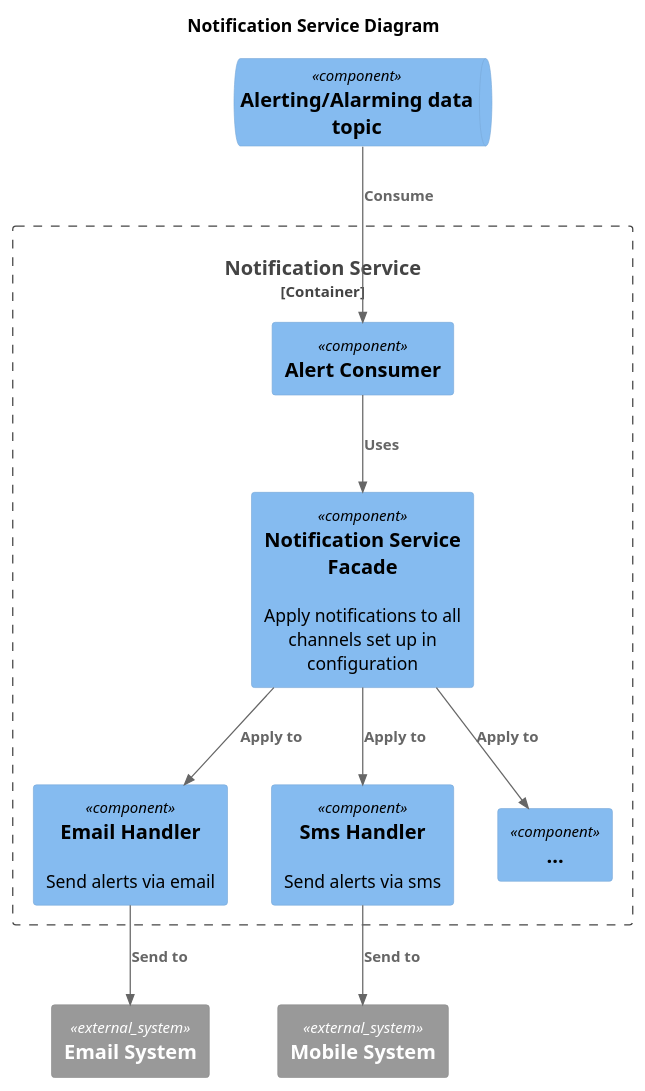
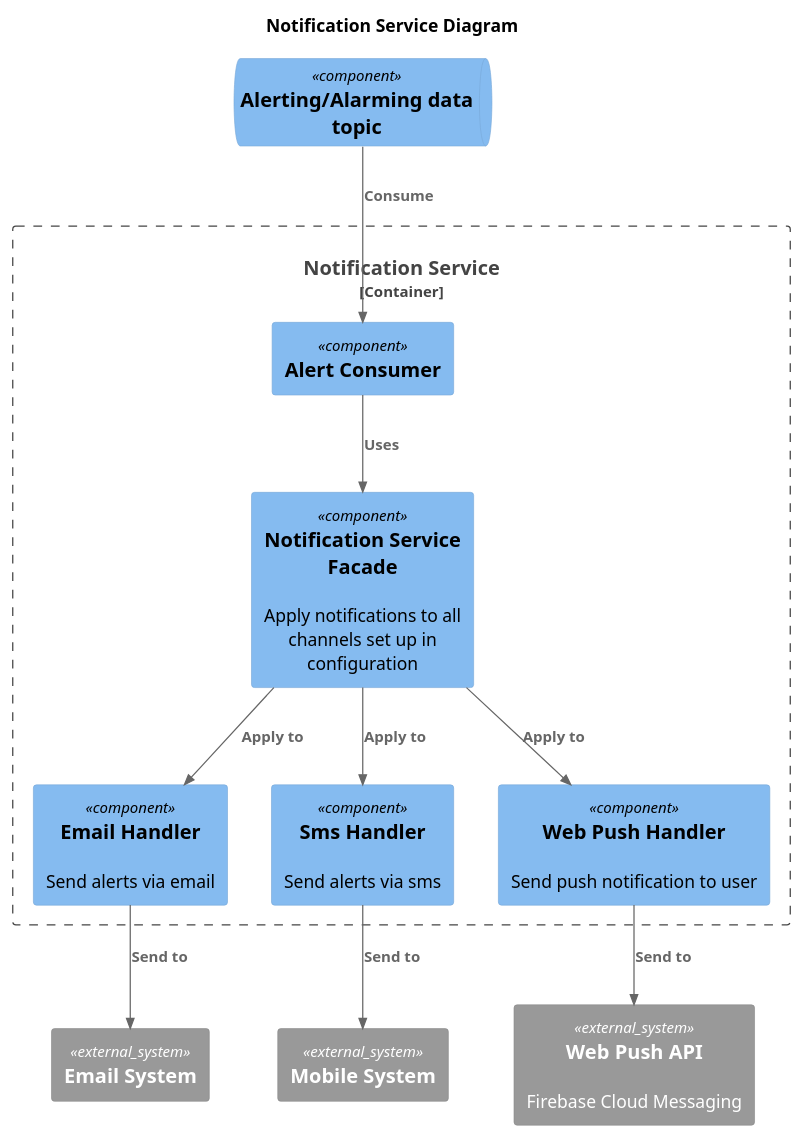
One commit to dima9478/arcihecture-sprint-3 changed the diagram in diagrams/component/notification.puml. Above: the diagram before and after it, drawn with PlantUML. The commit also changed 4 other files, not shown here.

Commit message:
Update diagrams, add domains short description

```diff
--- a/diagrams/component/notification.puml
+++ b/diagrams/component/notification.puml
@@ -1,25 +1,27 @@
 @startuml
 title Notification Service Diagram
 top to bottom direction
 
 !include https://raw.githubusercontent.com/plantuml-stdlib/C4-PlantUML/master/C4_Component.puml
 Container_Boundary(NotificationSvc, "Notification Service") {
    Component(AlertsConsumer, "Alert Consumer")
    Component(NotificationHandlerFacade, "Notification Service Facade", "", "Apply notifications to all channels set up in configuration")
    Component(EmailHandler, "Email Handler", "", "Send alerts via email")
    Component(SMSHandler, "Sms Handler", "", "Send alerts via sms")
-   Component(..., "...")
+   Component(WebPushHandler, "Web Push Handler", "", "Send push notification to user")
 }
 
 ComponentQueue(AlertingQ, "Alerting/Alarming data topic")
 System_Ext(EmailSystem, "Email System")
 System_Ext(MobileSystem, "Mobile System")
+System_Ext(WebPushAPI, "Web Push API", "Firebase Cloud Messaging")
 
 Rel(AlertingQ, AlertsConsumer, "Consume")
 Rel(AlertsConsumer, NotificationHandlerFacade, "Uses")
 Rel(NotificationHandlerFacade, EmailHandler, "Apply to")
 Rel(NotificationHandlerFacade, SMSHandler, "Apply to")
-Rel(NotificationHandlerFacade, ..., "Apply to")
+Rel(NotificationHandlerFacade, WebPushHandler, "Apply to")
 Rel(EmailHandler, EmailSystem, "Send to")
 Rel(SMSHandler, MobileSystem, "Send to")
+Rel(WebPushHandler, WebPushAPI, "Send to")
 @enduml
```
